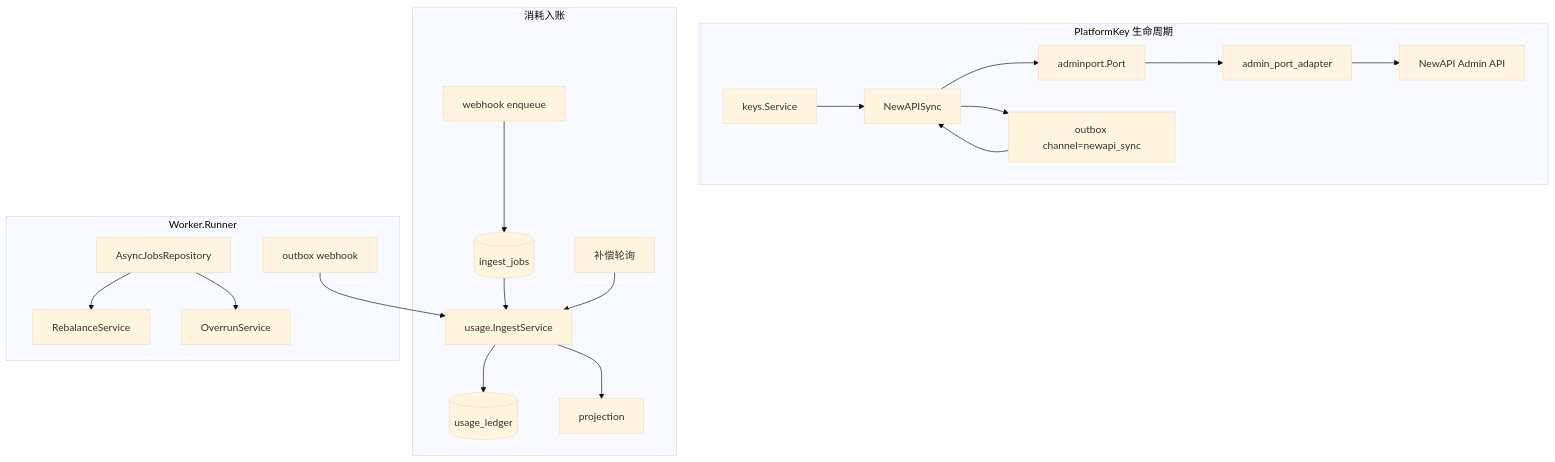
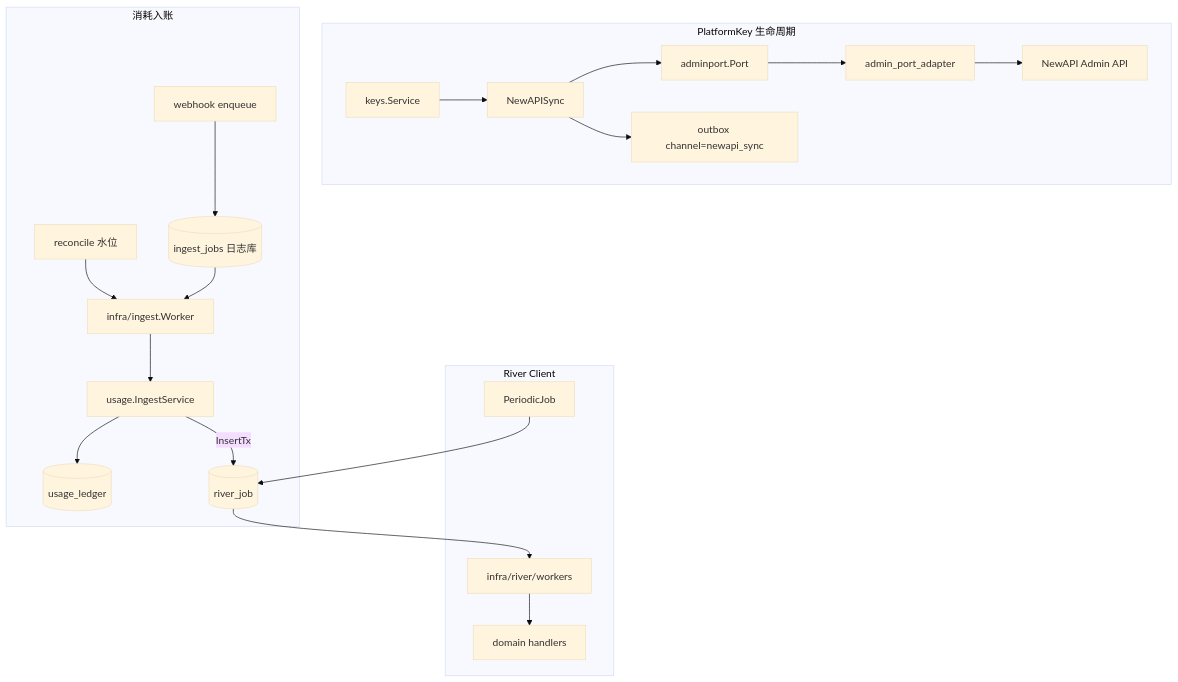
Before and after one commit to quyip8818/mytokenjoy: the fourth of 6 diagrams in docs/Backend-架构.md, drawn with Mermaid (base theme). The commit also changed other lines of this file and 112 other files, not shown here.

````diff
--- a/docs/Backend-架构.md
+++ b/docs/Backend-架构.md
@@ -339,25 +340,26 @@
 ```mermaid
 flowchart TB
   subgraph lifecycle [PlatformKey 生命周期]
     KEYS[keys.Service] --> LC[NewAPISync]
     LC --> AP[adminport.Port]
     AP --> ADP[admin_port_adapter]
     ADP --> NA_API[NewAPI Admin API]
     LC --> OB_R[outbox channel=newapi_sync]
   end
 
   subgraph ingest [消耗入账]
-    WH[webhook enqueue] --> Q[(ingest_jobs)]
-    Q --> ING[usage.IngestService]
-    COMP[补偿轮询] --> ING
+    WH[webhook enqueue] --> Q[(ingest_jobs 日志库)]
+    Q --> INGW[infra/ingest.Worker]
+    INGW --> ING[usage.IngestService]
+    COMP[reconcile 水位] --> INGW
     ING --> LEDGER[(usage_ledger)]
-    ING --> PROJ[projection]
+    ING -->|InsertTx| RJ
   end
 
-  subgraph worker [Worker.Runner]
-    OB_R --> LC
-    OB_W[outbox webhook] --> ING
-    JOBS[AsyncJobsRepository] --> RBS[RebalanceService]
-    JOBS --> OVS[OverrunService]
+  subgraph river [River Client]
+    RJ[(river_job)]
+    RJ --> W[infra/river/workers]
+    W --> DOM[domain handlers]
+    PER[PeriodicJob] --> RJ
   end
 ```
````
